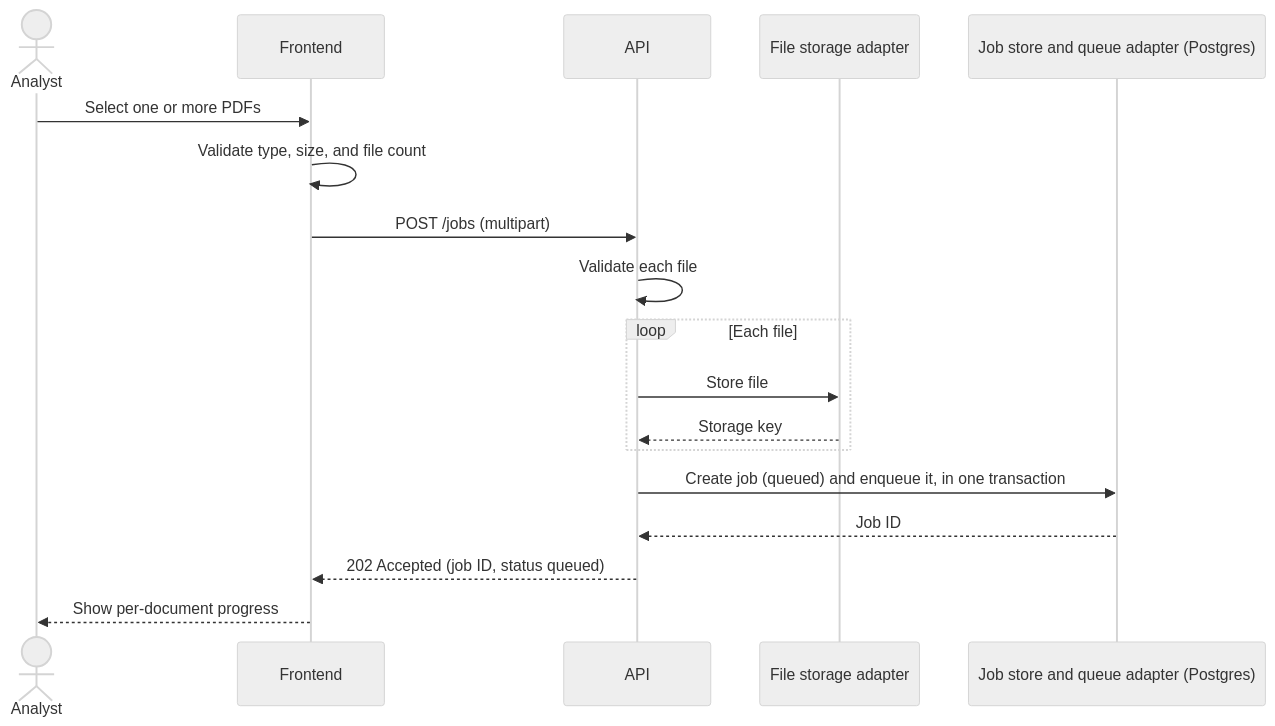
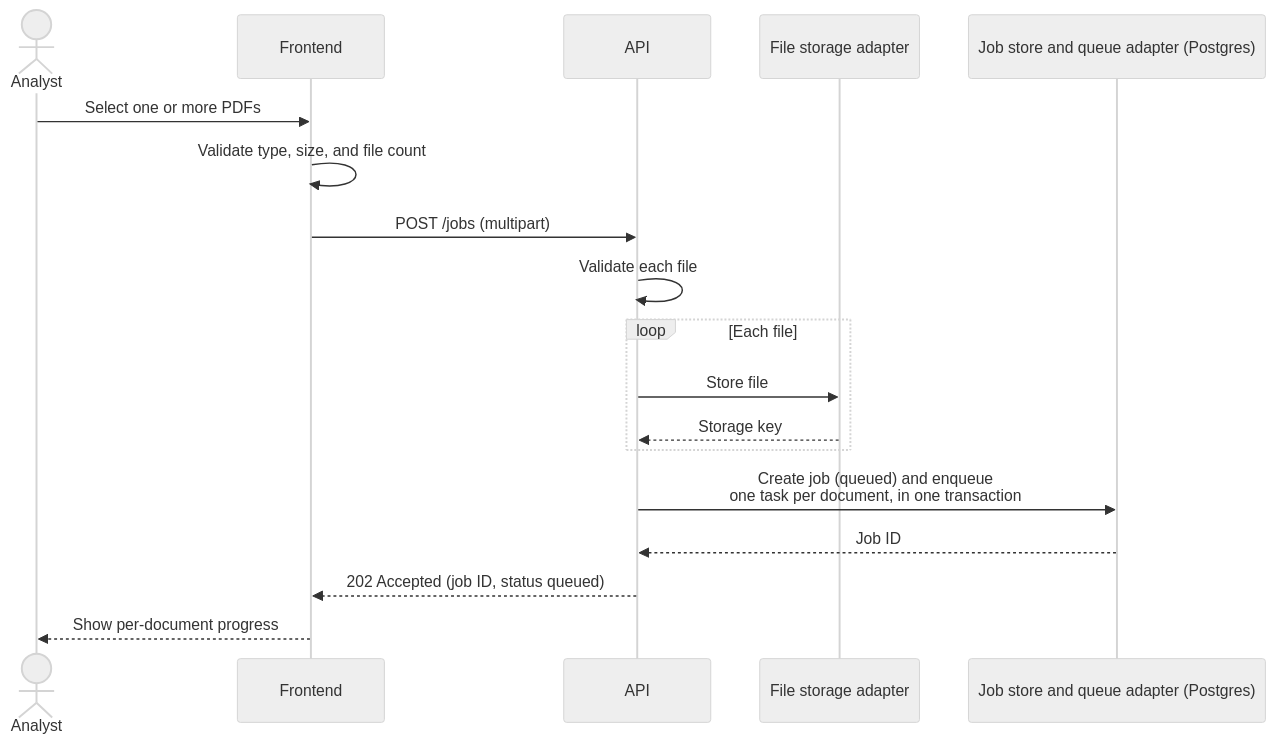
One commit to nc1z/doc-insight changed the third of 13 diagrams in context/architecture.md. Above: the diagram before and after it, drawn with Mermaid (neutral theme). The commit also changed other lines of this file and 2 other files, not shown here.

Commit message:
docs: one task per document for better scalability, concurrent processing and failure isolation

````diff
--- a/context/architecture.md
+++ b/context/architecture.md
@@ -66,21 +66,21 @@
 ```mermaid
 sequenceDiagram
     actor Analyst
     participant UI as Frontend
     participant API as API
     participant Files as File storage adapter
     participant Jobs as Job store and queue adapter (Postgres)
 
     Analyst->>UI: Select one or more PDFs
     UI->>UI: Validate type, size, and file count
     UI->>API: POST /jobs (multipart)
     API->>API: Validate each file
     loop Each file
         API->>Files: Store file
         Files-->>API: Storage key
     end
-    API->>Jobs: Create job (queued) and enqueue it, in one transaction
+    API->>Jobs: Create job (queued) and enqueue<br/>one task per document, in one transaction
     Jobs-->>API: Job ID
     API-->>UI: 202 Accepted (job ID, status queued)
     UI-->>Analyst: Show per-document progress
 ```
````
